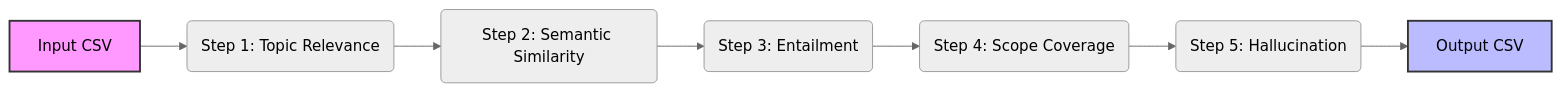
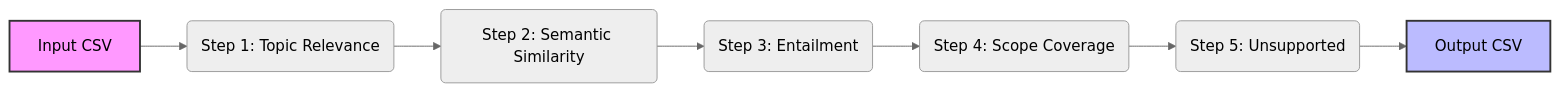
Before and after one commit to marypyleung/local-llm-evaluator-python: the diagram in README.md, drawn with Mermaid (neutral theme). The commit also changed other lines of this file, not shown here.

````diff
--- a/README.md
+++ b/README.md
@@ -92,12 +92,12 @@
 ```mermaid
 graph LR
     A[Input CSV] --> B(Step 1: Topic Relevance)
     B --> C(Step 2: Semantic Similarity)
     C --> D(Step 3: Entailment)
     D --> E(Step 4: Scope Coverage)
-    E --> F(Step 5: Hallucination)
+    E --> F(Step 5: Unsupported )
     F --> G[Output CSV]
 
     style A fill:#f9f,stroke:#333,stroke-width:2px
     style G fill:#bbf,stroke:#333,stroke-width:2px
 ```
````
